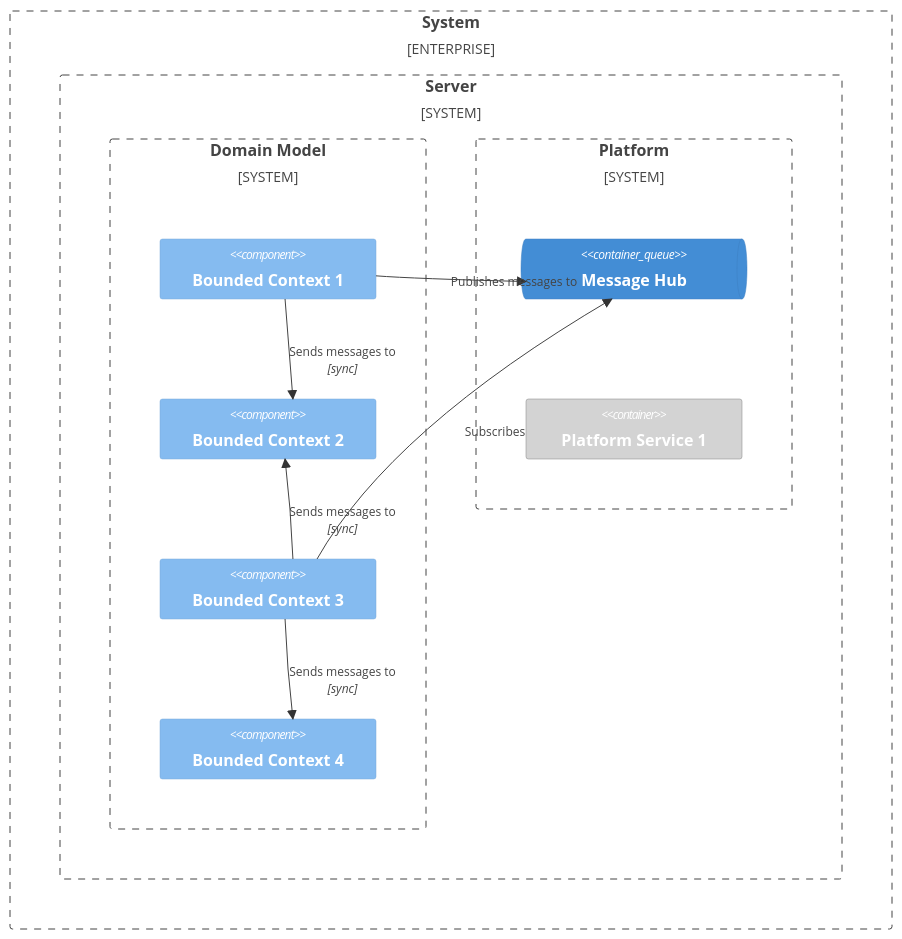
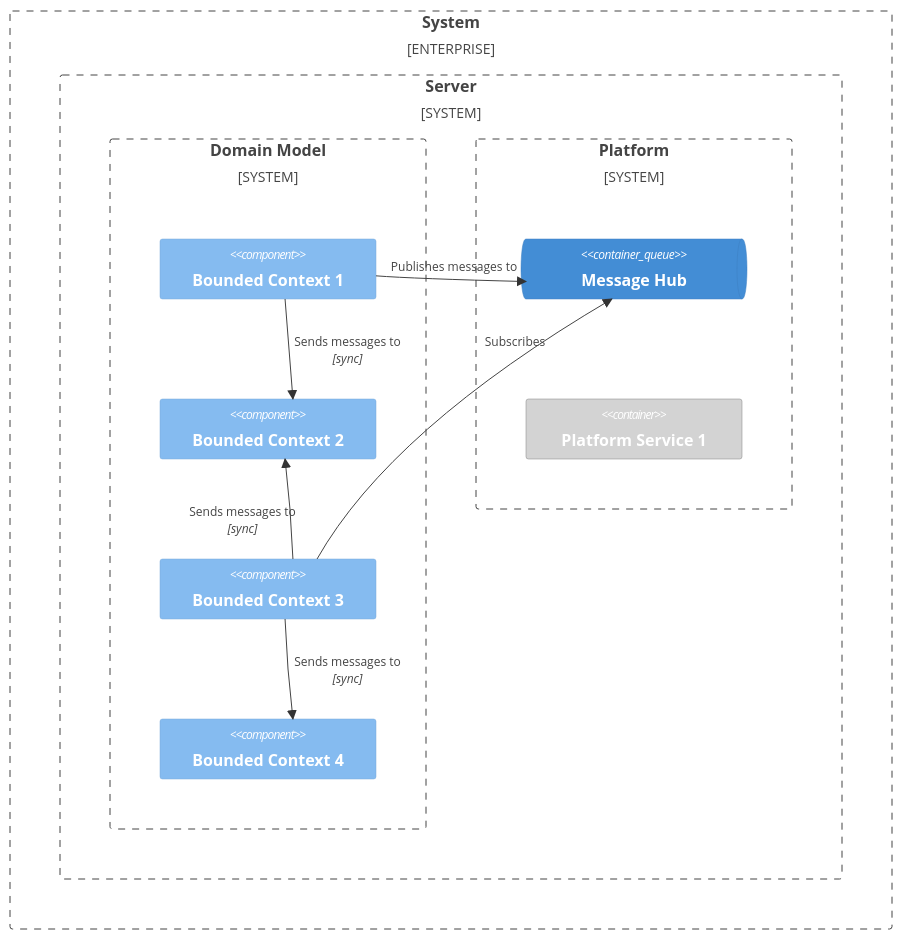
One commit to gyuwon/ArchitecturalRunwayGuidelines changed the fourth of 27 diagrams in README.md. Above: the diagram before and after it, drawn with Mermaid. The commit also changed other lines of this file, not shown here.

Commit message:
가독성 개선을 위한 다이어그램 레이아웃 변경

````diff
--- a/README.md
+++ b/README.md
@@ -166,29 +166,35 @@
 ```mermaid
 C4Context
 
 Enterprise_Boundary(wb, "System") {
   System_Boundary(sb, "Server") {
     System_Boundary(dmb, "Domain Model") {
       Component(bc1, "Bounded Context 1")
       Component(bc2, "Bounded Context 2")
       Component(bc3, "Bounded Context 3")
       Component(bc4, "Bounded Context 4")
     }
     System_Boundary(pb, "Platform") {
       ContainerQueue(mh, "Message Hub")
       Container(fs1, "Platform Service 1")
     }
   }
 }
 
 Rel(bc1, bc2, "Sends messages to", "sync")
 Rel(bc3, bc2, "Sends messages to", "sync")
 Rel(bc3, bc4, "Sends messages to", "sync")
 
 Rel(bc1, mh, "Publishes messages to")
 Rel(bc3, mh, "Subscribes")
 
-UpdateLayoutConfig($c4ShapeInRow="3", $c4BoundaryInRow="3")
+UpdateRelStyle(bc1, bc2, $offsetY="-10", $offsetX="5")
+UpdateRelStyle(bc3, bc2, $offsetX="-100")
+UpdateRelStyle(bc1, mh, $offsetY="-15", $offsetX="-60")
+UpdateRelStyle(bc3, mh, $offsetY="-90", $offsetX="20")
+UpdateRelStyle(bc3, bc4, $offsetY="-10", $offsetX="5")
+
+UpdateLayoutConfig($c4ShapeInRow="1", $c4BoundaryInRow="3")
 
 UpdateElementStyle(fs1, $bgColor="lightgrey", $borderColor="grey")
 ```
````
